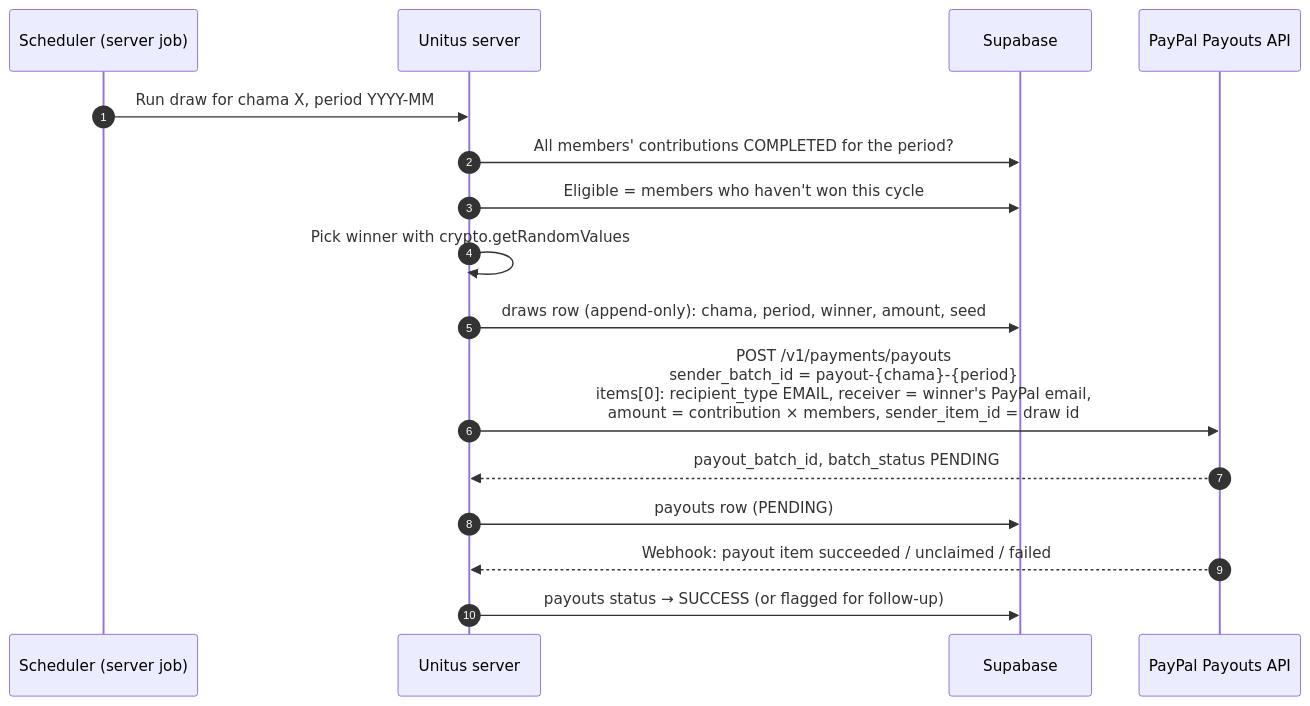
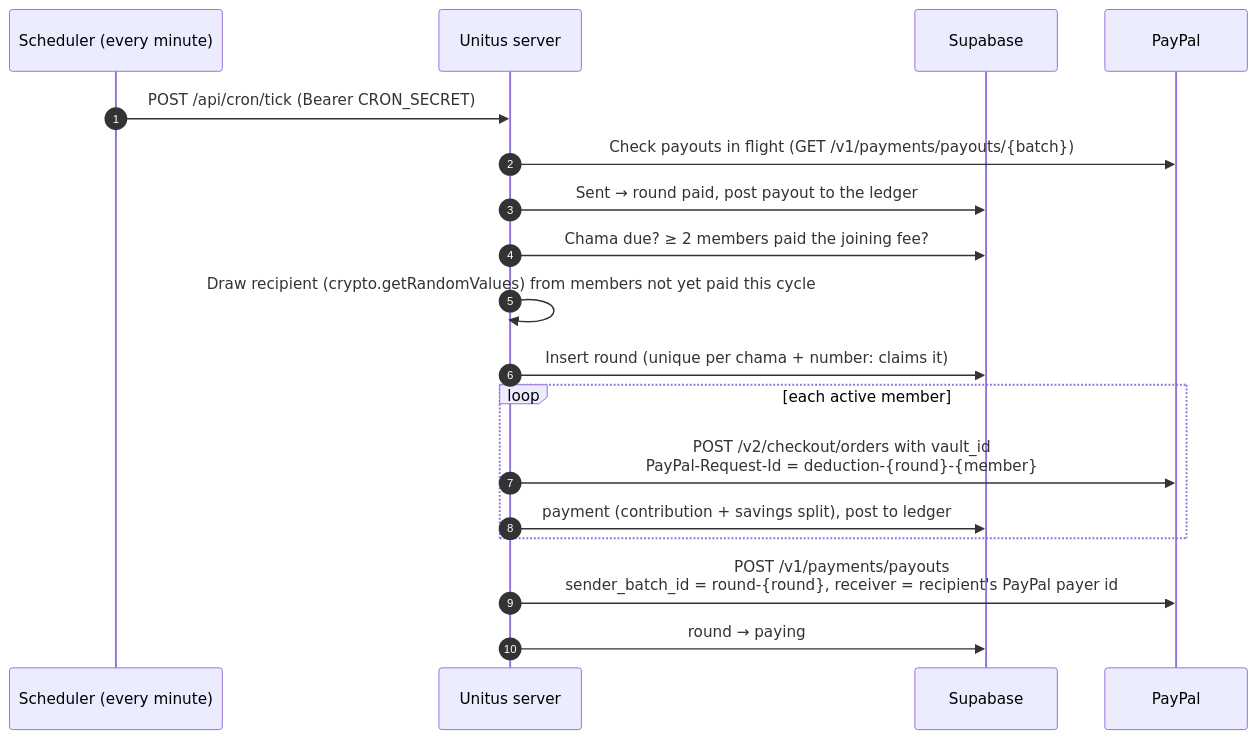
One commit to Benjamin-23/unitus changed the third of 3 diagrams in docs/payments-architecture.md. Above: the diagram before and after it, drawn with Mermaid. The commit also changed other lines of this file and 33 other files, not shown here.

````diff
--- a/docs/payments-architecture.md
+++ b/docs/payments-architecture.md
@@ -108,18 +84,20 @@
 ```mermaid
 sequenceDiagram
   autonumber
-  participant J as Scheduler (server job)
+  participant J as Scheduler (every minute)
   participant U as Unitus server
   participant DB as Supabase
-  participant P as PayPal Payouts API
-  J->>U: Run draw for chama X, period YYYY-MM
-  U->>DB: All members' contributions COMPLETED for the period?
-  U->>DB: Eligible = members who haven't won this cycle
-  U->>U: Pick winner with crypto.getRandomValues
-  U->>DB: draws row (append-only): chama, period, winner, amount, seed
-  U->>P: POST /v1/payments/payouts<br/>sender_batch_id = payout-{chama}-{period}<br/>items[0]: recipient_type EMAIL, receiver = winner's PayPal email,<br/>amount = contribution × members, sender_item_id = draw id
-  P-->>U: payout_batch_id, batch_status PENDING
-  U->>DB: payouts row (PENDING)
-  P-->>U: Webhook: payout item succeeded / unclaimed / failed
-  U->>DB: payouts status → SUCCESS (or flagged for follow-up)
+  participant P as PayPal
+  J->>U: POST /api/cron/tick (Bearer CRON_SECRET)
+  U->>P: Check payouts in flight (GET /v1/payments/payouts/{batch})
+  U->>DB: Sent → round paid, post payout to the ledger
+  U->>DB: Chama due? ≥ 2 members paid the joining fee?
+  U->>U: Draw recipient (crypto.getRandomValues) from members not yet paid this cycle
+  U->>DB: Insert round (unique per chama + number: claims it)
+  loop each active member
+    U->>P: POST /v2/checkout/orders with vault_id<br/>PayPal-Request-Id = deduction-{round}-{member}
+    U->>DB: payment (contribution + savings split), post to ledger
+  end
+  U->>P: POST /v1/payments/payouts<br/>sender_batch_id = round-{round}, receiver = recipient's PayPal payer id
+  U->>DB: round → paying
 ```
````
